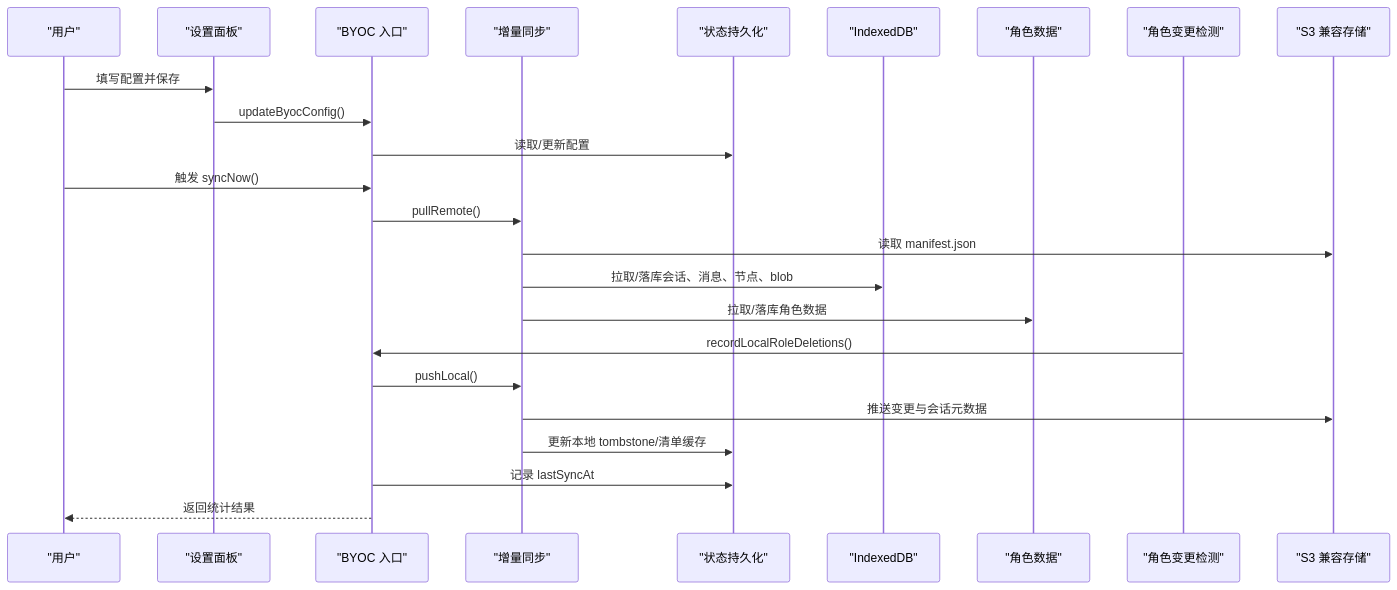
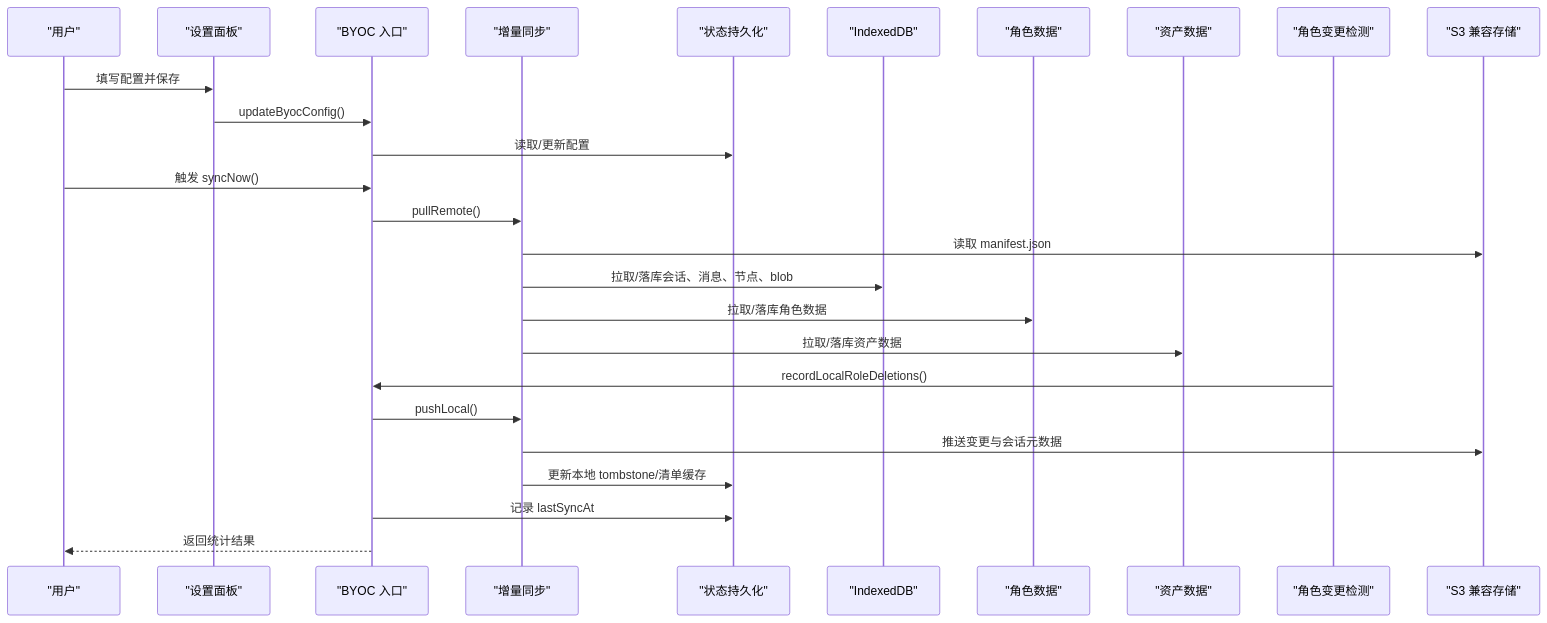
One commit to billye220670/AIShop changed the second of 6 diagrams in .qoder/repowiki/zh/content/数据持久化/BYOC云同步系统.md. Above: the diagram before and after it, drawn with Mermaid. The commit also changed other lines of this file and 44 other files, not shown here.

First line of the commit message:
feat: 图片全屏查看器手势缩放 + 用户图片直出与库图片预览接入

````diff
--- a/.qoder/repowiki/zh/content/数据持久化/BYOC云同步系统.md
+++ b/.qoder/repowiki/zh/content/数据持久化/BYOC云同步系统.md
@@ -107,26 +115,28 @@
 ```mermaid
 sequenceDiagram
 participant U as "用户"
 participant UI as "设置面板"
 participant API as "BYOC 入口"
 participant INC as "增量同步"
 participant ST as "状态持久化"
 participant DB as "IndexedDB"
 participant ROLE as "角色数据"
+participant ASSET as "资产数据"
 participant USECHAT as "角色变更检测"
 participant S3 as "S3 兼容存储"
 U->>UI : 填写配置并保存
 UI->>API : updateByocConfig()
 API->>ST : 读取/更新配置
 U->>API : 触发 syncNow()
 API->>INC : pullRemote()
 INC->>S3 : 读取 manifest.json
 INC->>DB : 拉取/落库会话、消息、节点、blob
 INC->>ROLE : 拉取/落库角色数据
+INC->>ASSET : 拉取/落库资产数据
 USECHAT->>API : recordLocalRoleDeletions()
 API->>INC : pushLocal()
 INC->>S3 : 推送变更与会话元数据
 INC->>ST : 更新本地 tombstone/清单缓存
 API->>ST : 记录 lastSyncAt
 API-->>U : 返回统计结果
 ```
````
